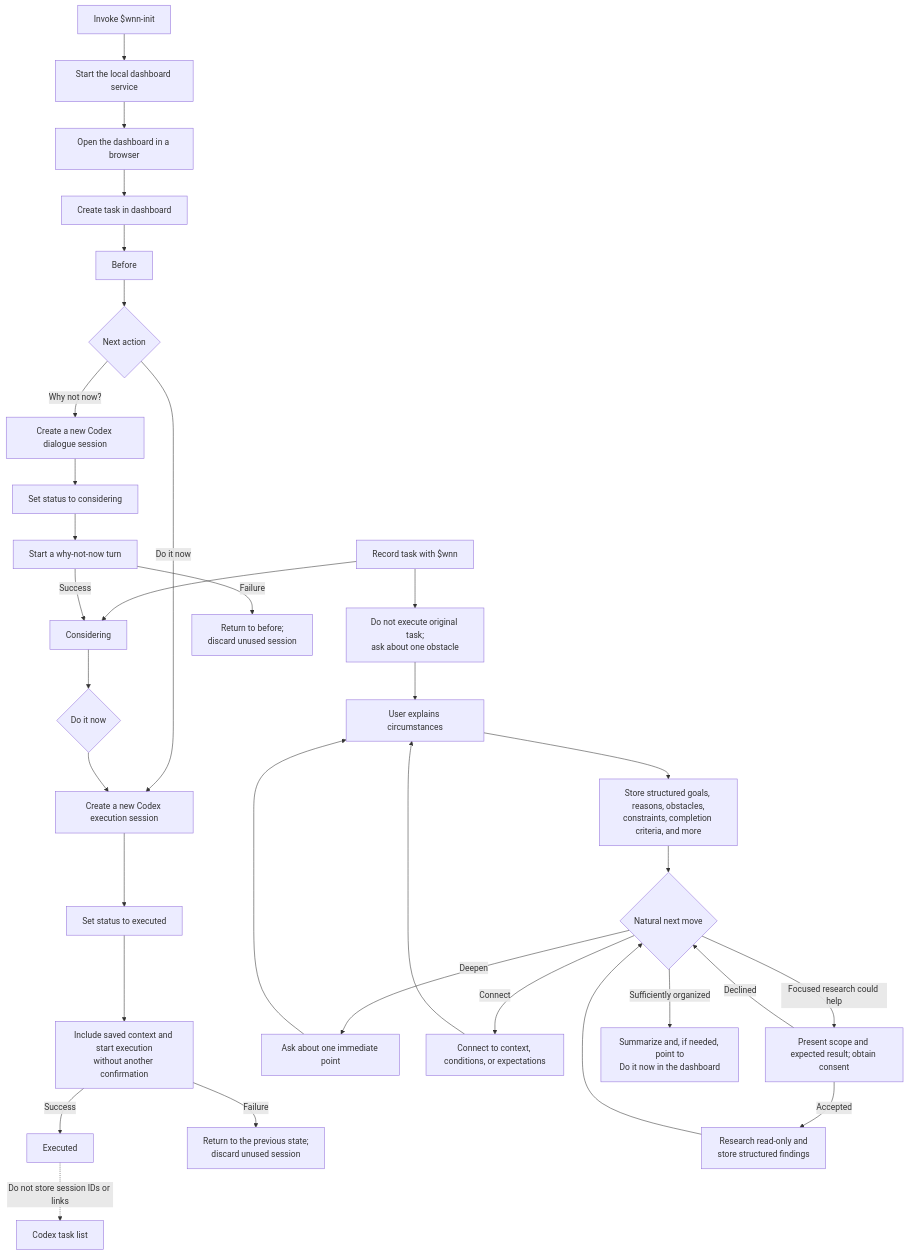
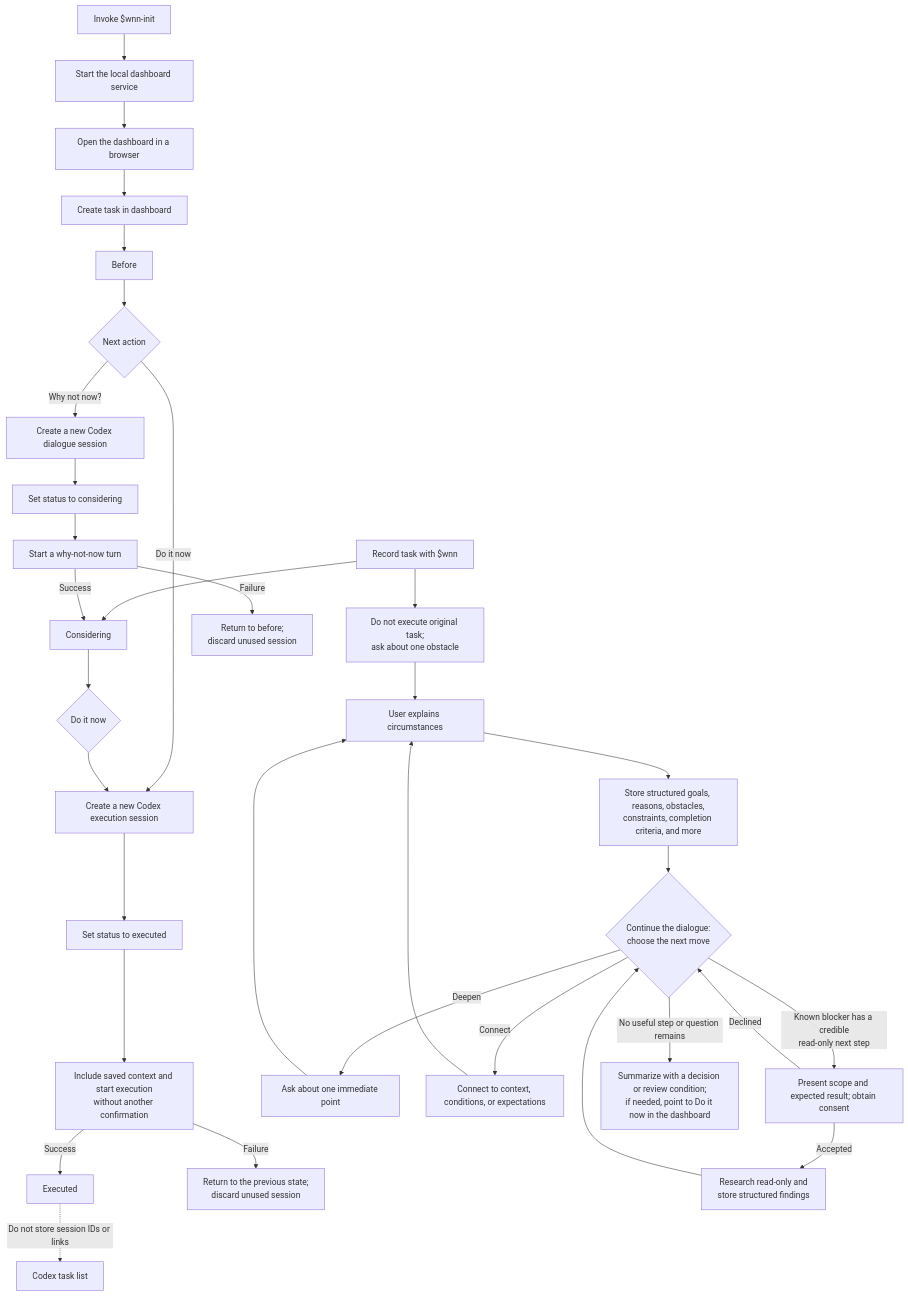
The diagram in docs/en/dialogue-flowchart.md (Ghaos/WhyNotNow), drawn with Mermaid before and after one commit. The commit also changed 7 other files, not shown here.

First line of the commit message:
feat(skill): continue blocker exploration after capture

````diff
--- a/docs/en/dialogue-flowchart.md
+++ b/docs/en/dialogue-flowchart.md
@@ -5,39 +5,39 @@
 ```mermaid
 flowchart TD
     Z["Invoke $wnn-init"] --> ZA["Start the local dashboard service"]
     ZA --> ZB["Open the dashboard in a browser"]
     ZB --> A
     A["Create task in dashboard"] --> B["Before"]
     C["Record task with $wnn"] --> D["Considering"]
     C --> Q["Do not execute original task;<br/>ask about one obstacle"]
 
     B --> E{"Next action"}
     E -->|"Why not now?"| F["Create a new Codex dialogue session"]
     F --> G["Set status to considering"]
     G --> H["Start a why-not-now turn"]
     H -->|"Success"| D
     H -->|"Failure"| R1["Return to before;<br/>discard unused session"]
 
     E -->|"Do it now"| I["Create a new Codex execution session"]
     D --> J{"Do it now"}
     J --> I
     I --> K["Set status to executed"]
     K --> L["Include saved context and start execution<br/>without another confirmation"]
     L -->|"Success"| M["Executed"]
     L -->|"Failure"| R2["Return to the previous state;<br/>discard unused session"]
 
     Q --> N["User explains circumstances"]
     N --> O["Store structured goals, reasons, obstacles,<br/>constraints, completion criteria, and more"]
-    O --> P{"Natural next move"}
+    O --> P{"Continue the dialogue:<br/>choose the next move"}
     P -->|"Deepen"| Q2["Ask about one immediate point"]
     Q2 --> N
     P -->|"Connect"| Q3["Connect to context, conditions, or expectations"]
     Q3 --> N
-    P -->|"Focused research could help"| S["Present scope and expected result; obtain consent"]
+    P -->|"Known blocker has a credible<br/>read-only next step"| S["Present scope and expected result; obtain consent"]
     S -->|"Accepted"| T["Research read-only and<br/>store structured findings"]
     T --> P
     S -->|"Declined"| P
-    P -->|"Sufficiently organized"| U["Summarize and, if needed, point to<br/>Do it now in the dashboard"]
+    P -->|"No useful step or question remains"| U["Summarize with a decision or review condition;<br/>if needed, point to Do it now in the dashboard"]
 
     M -. "Do not store session IDs or links" .-> V["Codex task list"]
 ```
````
